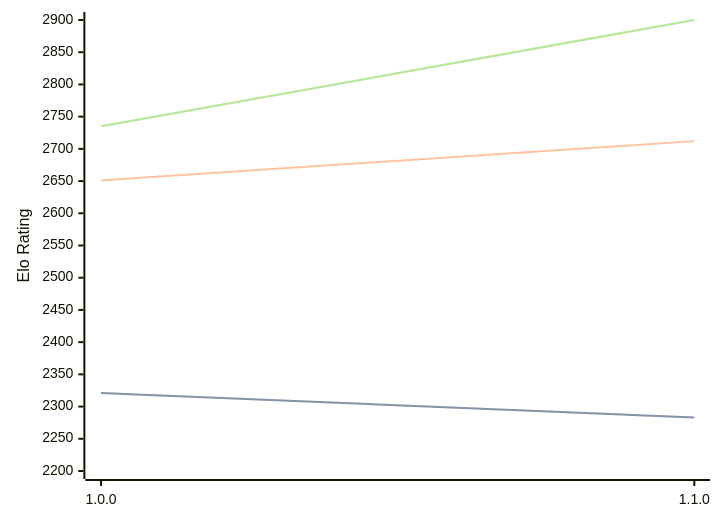
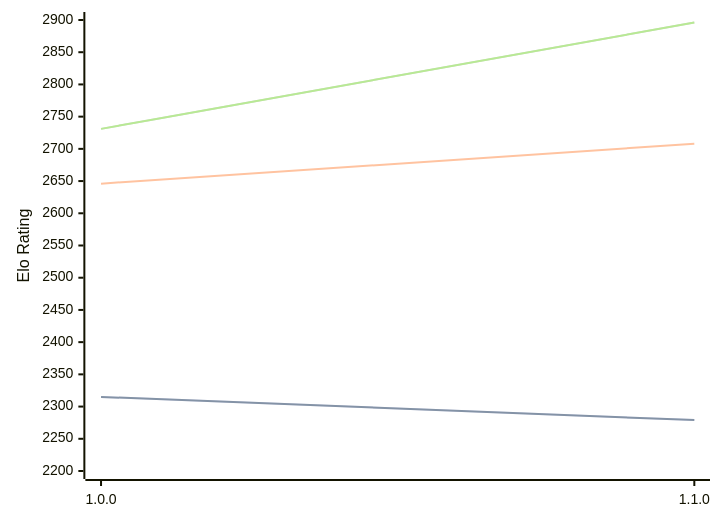
One commit to computer-chess-index/cci changed the first of 3 diagrams in engines/ShallowGuess.md. Above: the diagram before and after it, drawn with Mermaid. The commit also changed other lines of this file, not shown here.

Commit message:
Update CCI Ratings (ELO VLTC) - 2026-07-16

````diff
--- a/engines/ShallowGuess.md
+++ b/engines/ShallowGuess.md
@@ -36,11 +36,11 @@
 ```mermaid
 %%{init: {"theme":"base","themeVariables":{"seriesColors:['#a3a3a3','#222221','#faa371']}}}%%
 xychart-beta
   x-axis ["1.0.0", "1.1.0"]
   y-axis "Elo Rating" 2200 --> 2900
-  line "STC (8.0+0.08s)" [2321, 2283]
-  line "STC (8.0+0.08s)" [2321, 2283]
-  line "LTC (60.0+0.60s)" [2651, 2712]
-  line "VLTC (2m24s+1.12s)" [2735, 2900]
-  line "VLTC (2m24s+1.12s)" [2735, 2900]
+  line "STC (8.0+0.08s)" [2315, 2279]
+  line "STC (8.0+0.08s)" [2315, 2279]
+  line "LTC (60.0+0.60s)" [2646, 2708]
+  line "VLTC (2m24s+1.12s)" [2731, 2896]
+  line "VLTC (2m24s+1.12s)" [2731, 2896]
 ```
````
